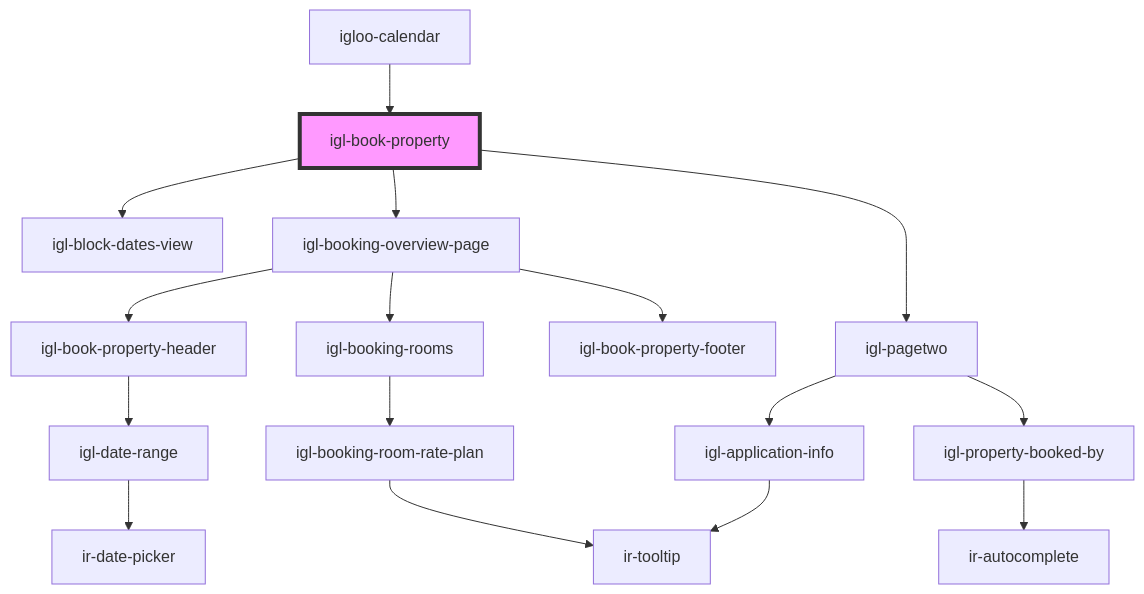
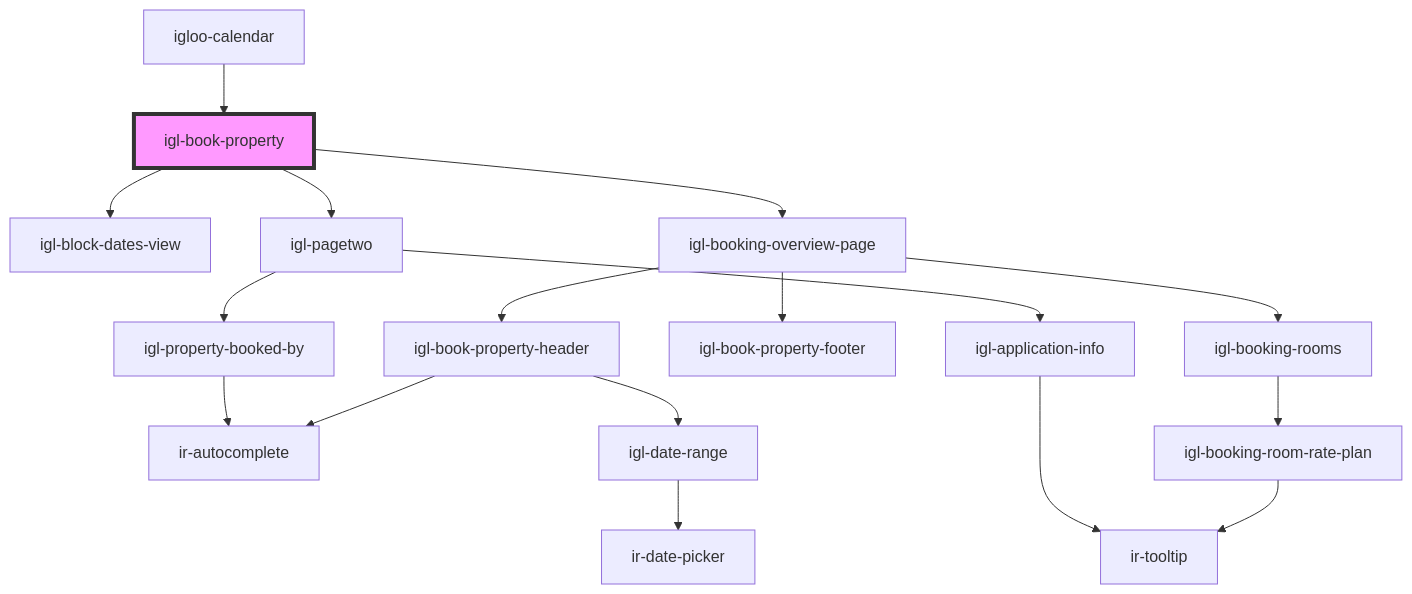
Before and after one commit to David1Chowaifaty/modified-ir-webcmp: the diagram in src/components/igloo-calendar/igl-book-property/readme.md, drawn with Mermaid. The commit also changed 16 other files, not shown here.

````diff
--- a/src/components/igloo-calendar/igl-book-property/readme.md
+++ b/src/components/igloo-calendar/igl-book-property/readme.md
@@ -44,19 +44,20 @@
 ```mermaid
 graph TD;
   igl-book-property --> igl-block-dates-view
   igl-book-property --> igl-booking-overview-page
   igl-book-property --> igl-pagetwo
   igl-booking-overview-page --> igl-book-property-header
   igl-booking-overview-page --> igl-booking-rooms
   igl-booking-overview-page --> igl-book-property-footer
+  igl-book-property-header --> ir-autocomplete
   igl-book-property-header --> igl-date-range
   igl-date-range --> ir-date-picker
   igl-booking-rooms --> igl-booking-room-rate-plan
   igl-booking-room-rate-plan --> ir-tooltip
   igl-pagetwo --> igl-application-info
   igl-pagetwo --> igl-property-booked-by
   igl-application-info --> ir-tooltip
   igl-property-booked-by --> ir-autocomplete
   igloo-calendar --> igl-book-property
   style igl-book-property fill:#f9f,stroke:#333,stroke-width:4px
 ```
````
